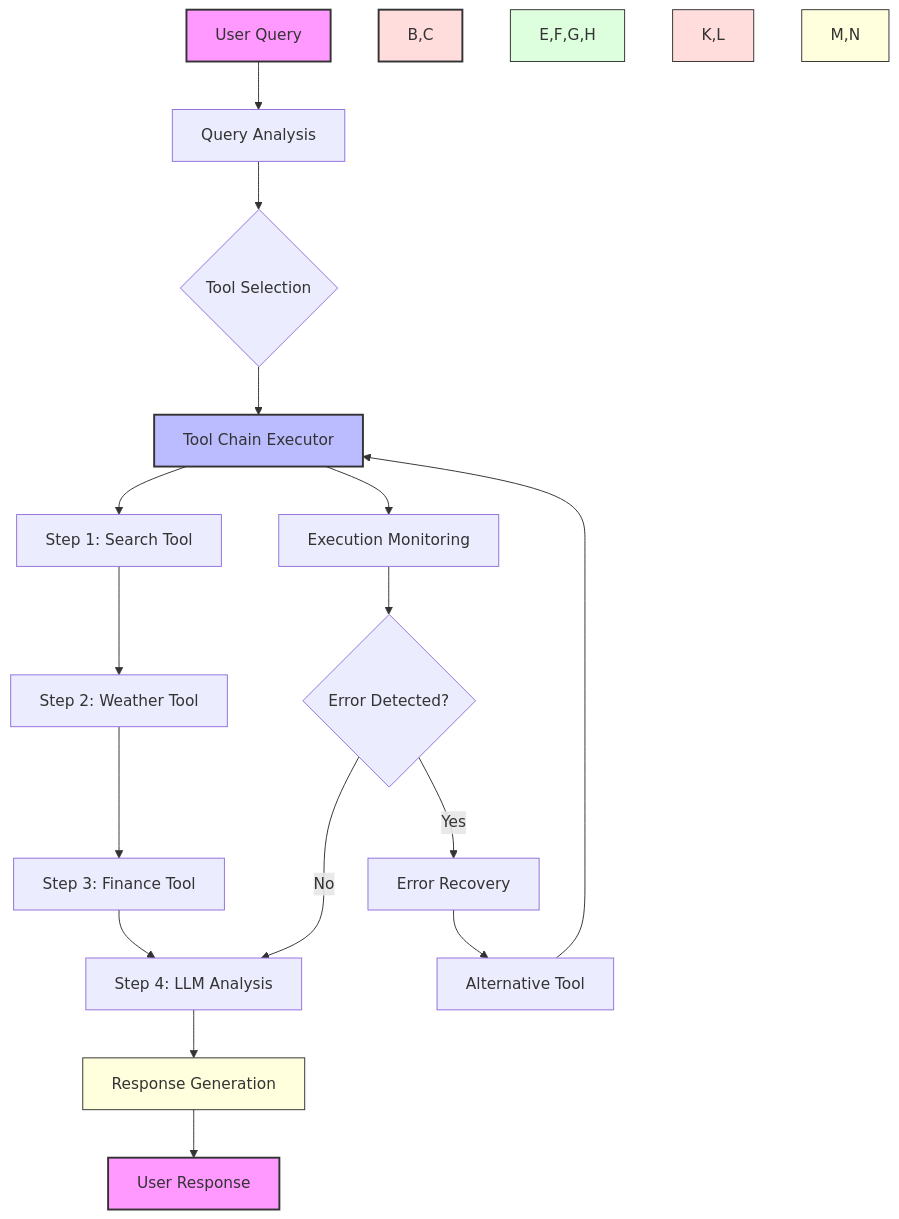
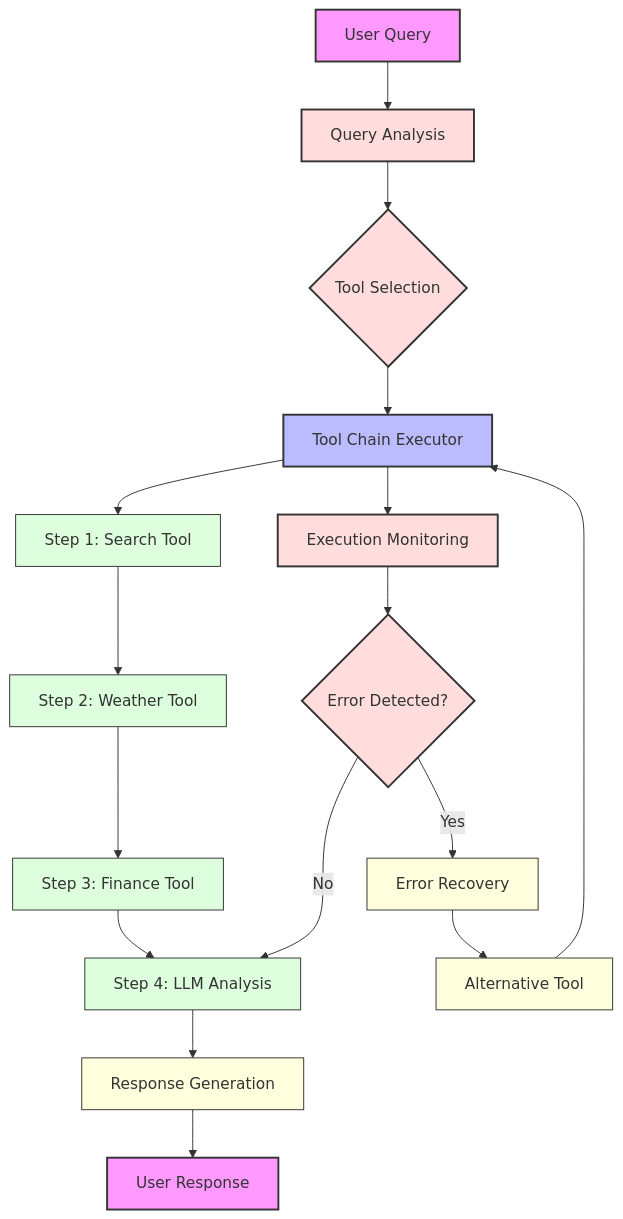
One commit to amlanacharya/Agent changed the sixth of 6 diagrams in module6/diagrams/multi_tool_agent.md. Above: the diagram before and after it, drawn with Mermaid. The commit also changed 2 other files, not shown here.

````diff
--- a/module6/diagrams/multi_tool_agent.md
+++ b/module6/diagrams/multi_tool_agent.md
@@ -217,33 +217,36 @@
 ```mermaid
 flowchart TD
     A[User Query] --> B[Query Analysis]
     B --> C{Tool Selection}
 
     C --> D[Tool Chain Executor]
 
     D --> E[Step 1: Search Tool]
     E --> F[Step 2: Weather Tool]
     F --> G[Step 3: Finance Tool]
     G --> H[Step 4: LLM Analysis]
 
     H --> I[Response Generation]
     I --> J[User Response]
 
     D --> K[Execution Monitoring]
     K --> L{Error Detected?}
 
     L -->|Yes| M[Error Recovery]
     M --> N[Alternative Tool]
     N --> D
 
     L -->|No| H
 
-    style A fill:#f9f,stroke:#333,stroke-width:2px
-    style B,C fill:#fdd,stroke:#333,stroke-width:2px
-    style D fill:#bbf,stroke:#333,stroke-width:2px
-    style E,F,G,H fill:#dfd,stroke:#333,stroke-width:1px
-    style I fill:#ffd,stroke:#333,stroke-width:1px
-    style J fill:#f9f,stroke:#333,stroke-width:2px
-    style K,L fill:#fdd,stroke:#333,stroke-width:1px
-    style M,N fill:#ffd,stroke:#333,stroke-width:1px
+    classDef userNode fill:#f9f,stroke:#333,stroke-width:2px;
+    classDef decisionNode fill:#fdd,stroke:#333,stroke-width:2px;
+    classDef coreNode fill:#bbf,stroke:#333,stroke-width:2px;
+    classDef toolNode fill:#dfd,stroke:#333,stroke-width:1px;
+    classDef processNode fill:#ffd,stroke:#333,stroke-width:1px;
+
+    class A,J userNode;
+    class B,C,K,L decisionNode;
+    class D coreNode;
+    class E,F,G,H toolNode;
+    class I,M,N processNode;
 ```
````
